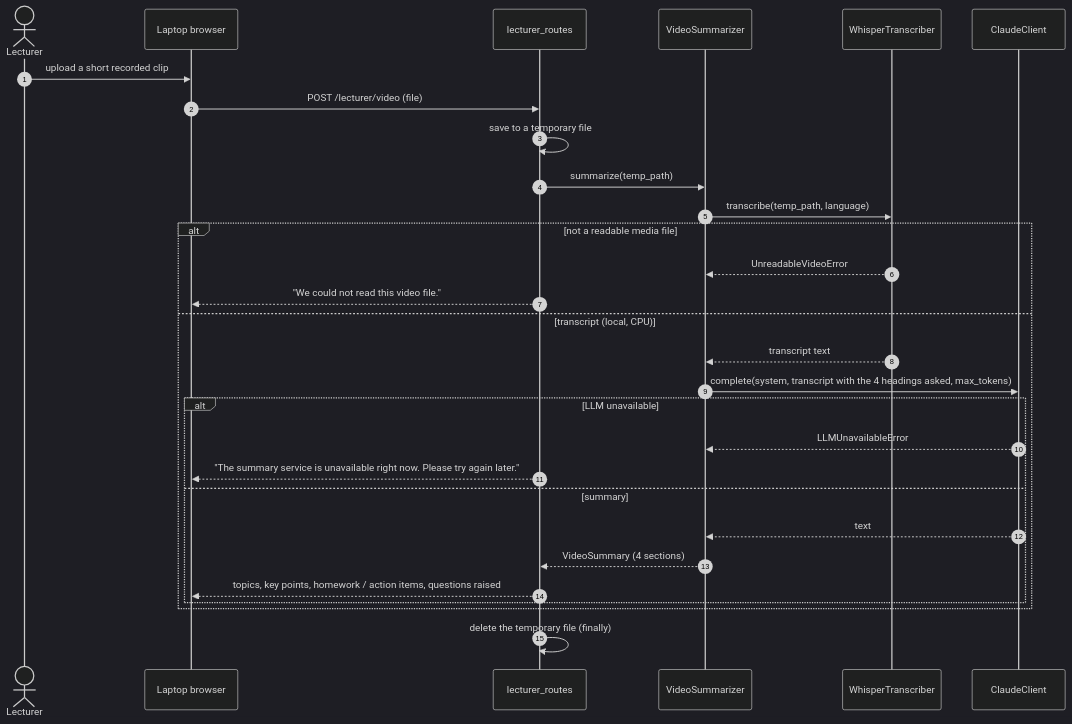
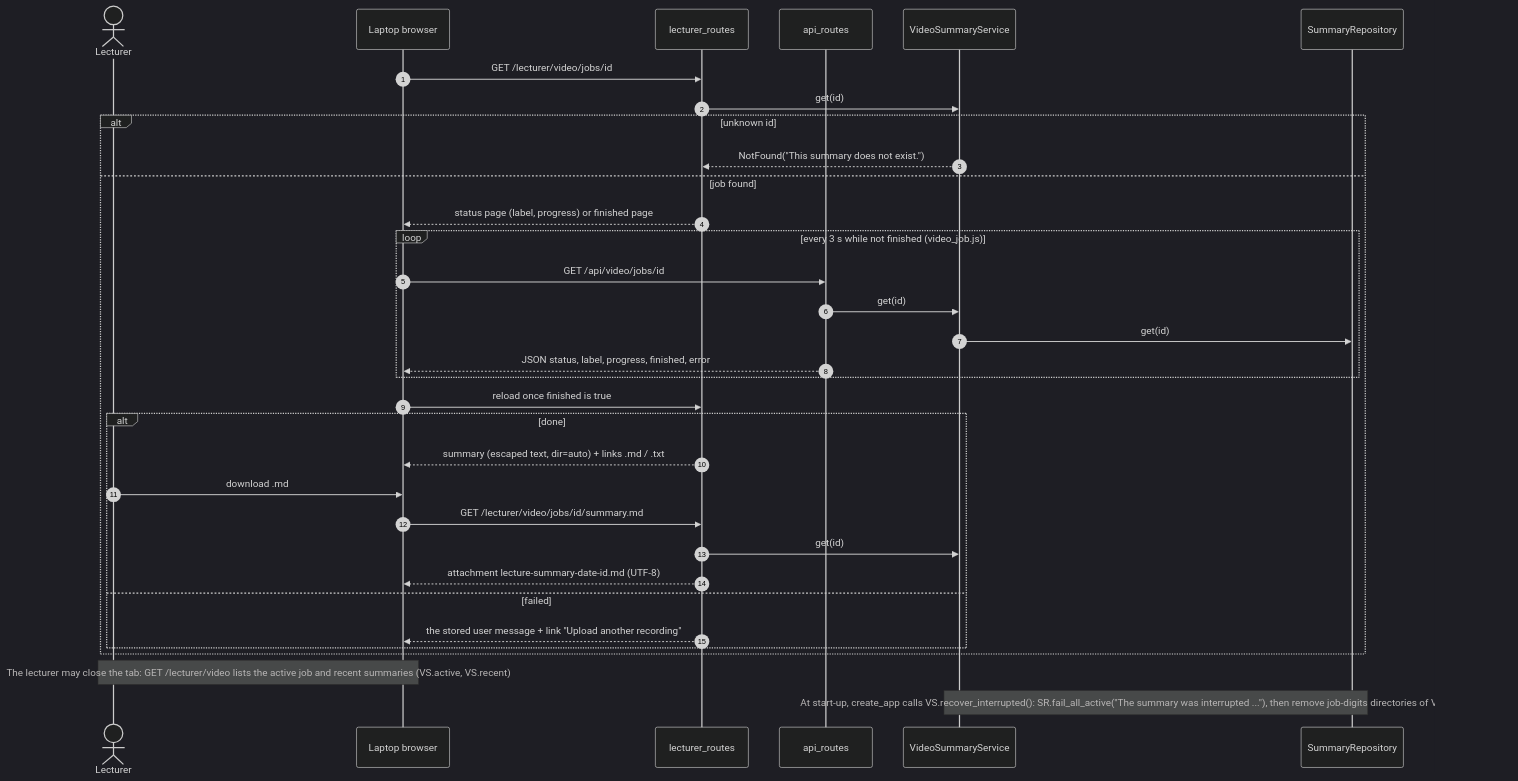
Before and after one commit to ronsarfati/EX2-Teaching-Tool: diagram 20 of 21 in docs/design.md, drawn with Mermaid (dark theme). The commit also changed other lines of this file and 31 other files, not shown here.

Commit message:
feat: add the lecture video summary (F4, D34): background ffmpeg + faster-whisper transcription and Claude summary, media deleted after use (T18a-T18e)

````diff
--- a/docs/design.md
+++ b/docs/design.md
@@ -1245,31 +1637,35 @@
 ```mermaid
 sequenceDiagram
   autonumber
   actor L as Lecturer
   participant B as Laptop browser
   participant LR as lecturer_routes
-  participant VS as VideoSummarizer
-  participant WT as WhisperTranscriber
-  participant LC as ClaudeClient
-  L->>B: upload a short recorded clip
-  B->>LR: POST /lecturer/video (file)
-  LR->>LR: save to a temporary file
-  LR->>VS: summarize(temp_path)
-  VS->>WT: transcribe(temp_path, language)
-  alt not a readable media file
-    WT-->>VS: UnreadableVideoError
-    LR-->>B: "We could not read this video file."
-  else transcript (local, CPU)
-    WT-->>VS: transcript text
-    VS->>LC: complete(system, transcript with the 4 headings asked, max_tokens)
-    alt LLM unavailable
-      LC-->>VS: LLMUnavailableError
-      LR-->>B: "The summary service is unavailable right now. Please try again later."
-    else summary
-      LC-->>VS: text
-      VS-->>LR: VideoSummary (4 sections)
-      LR-->>B: topics, key points, homework / action items, questions raised
+  participant AR as api_routes
+  participant VS as VideoSummaryService
+  participant SR as SummaryRepository
+  B->>LR: GET /lecturer/video/jobs/id
+  LR->>VS: get(id)
+  alt unknown id
+    VS-->>LR: NotFound("This summary does not exist.")
+  else job found
+    LR-->>B: status page (label, progress) or finished page
+    loop every 3 s while not finished (video_job.js)
+      B->>AR: GET /api/video/jobs/id
+      AR->>VS: get(id)
+      VS->>SR: get(id)
+      AR-->>B: JSON status, label, progress, finished, error
+    end
+    B->>LR: reload once finished is true
+    alt done
+      LR-->>B: summary (escaped text, dir=auto) + links .md / .txt
+      L->>B: download .md
+      B->>LR: GET /lecturer/video/jobs/id/summary.md
+      LR->>VS: get(id)
+      LR-->>B: attachment lecture-summary-date-id.md (UTF-8)
+    else failed
+      LR-->>B: the stored user message + link "Upload another recording"
     end
   end
-  LR->>LR: delete the temporary file (finally)
+  Note over L,B: The lecturer may close the tab: GET /lecturer/video lists the active job and recent summaries (VS.active, VS.recent)
+  Note over VS,SR: At start-up, create_app calls VS.recover_interrupted(): SR.fail_all_active("The summary was interrupted ..."), then remove job-digits directories of VIDEO_WORK_DIR
 ```
````
